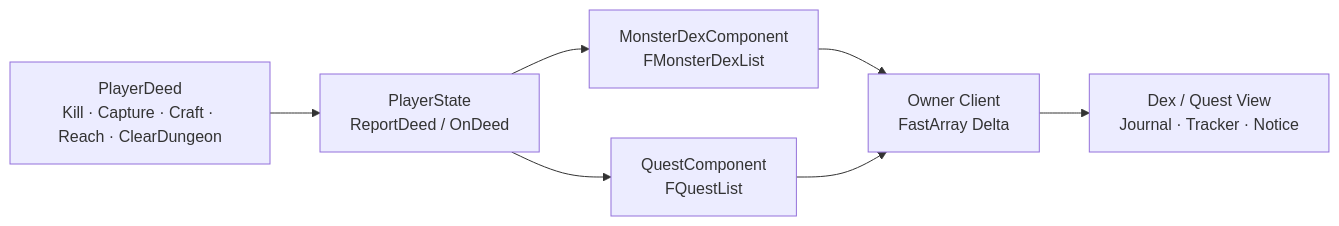
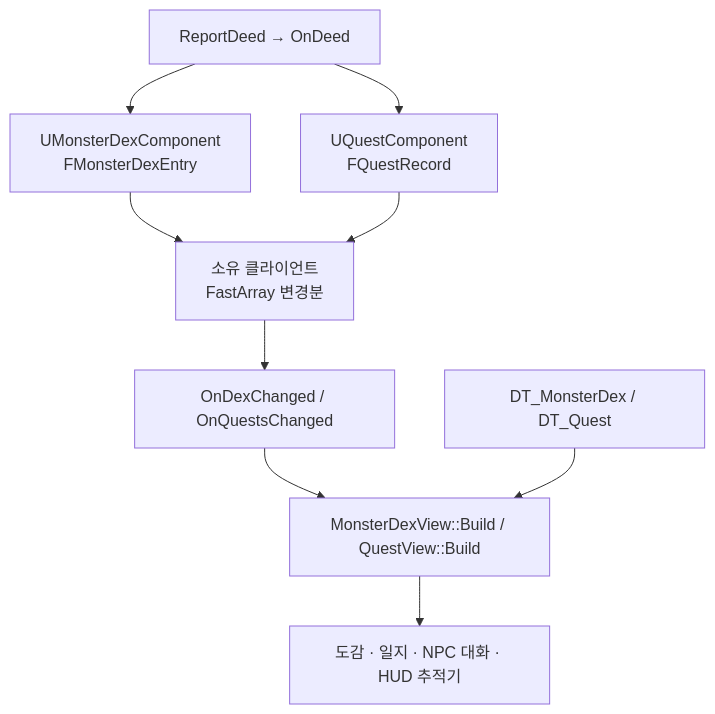
The third of 4 diagrams in Doc/Wiki/11_Client_State_Presentation_Pipeline.md (chungheonLee0325/Sonheim), drawn with Mermaid before and after one commit. The commit also changed other lines of this file, not shown here.

Commit message:
docs: align UI architecture with state flows, screen stack and dungeon presenter

```diff
--- a/Doc/Wiki/11_Client_State_Presentation_Pipeline.md
+++ b/Doc/Wiki/11_Client_State_Presentation_Pipeline.md
@@ -221,11 +172,11 @@
 ~~~mermaid
-flowchart LR
-    E["PlayerDeed<br/>Kill · Capture · Craft · Reach · ClearDungeon"]
-    PS["PlayerState<br/>ReportDeed / OnDeed"]
-    D["MonsterDexComponent<br/>FMonsterDexList"]
-    Q["QuestComponent<br/>FQuestList"]
-    C["Owner Client<br/>FastArray Delta"]
-    V["Dex / Quest View<br/>Journal · Tracker · Notice"]
-    E --> PS --> D --> C --> V
-    PS --> Q --> C
+flowchart TB
+    DEED["ReportDeed → OnDeed"] --> DEX["UMonsterDexComponent<br/>FMonsterDexEntry"]
+    DEED --> QUEST["UQuestComponent<br/>FQuestRecord"]
+    DEX --> REPL["소유 클라이언트<br/>FastArray 변경분"]
+    QUEST --> REPL
+    REPL --> CHANGE["OnDexChanged / OnQuestsChanged"]
+    CHANGE --> BUILD["MonsterDexView::Build / QuestView::Build"]
+    DT["DT_MonsterDex / DT_Quest"] --> BUILD
+    BUILD --> UI["도감 · 일지 · NPC 대화 · HUD 추적기"]
 ~~~
```
